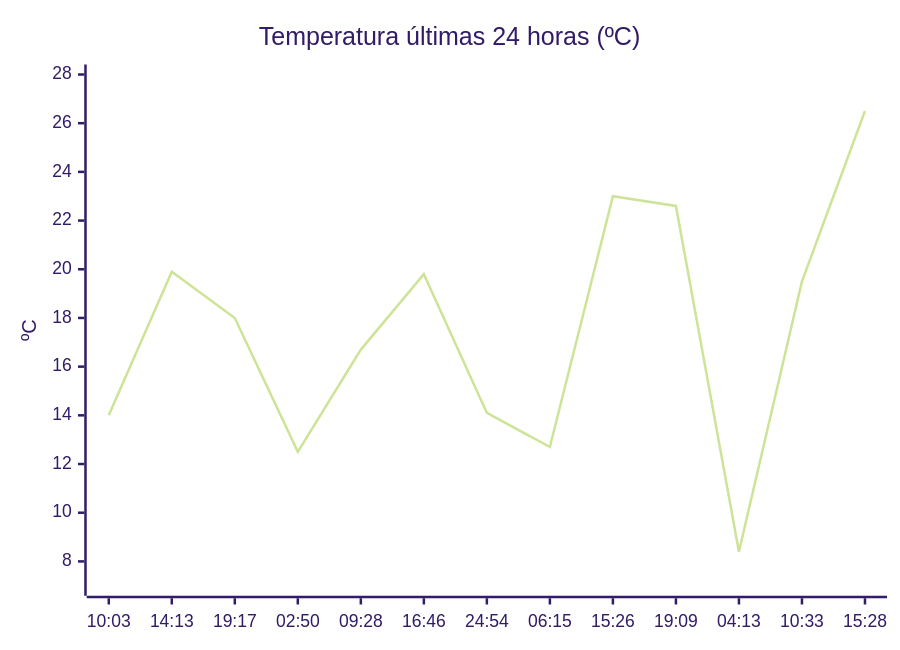
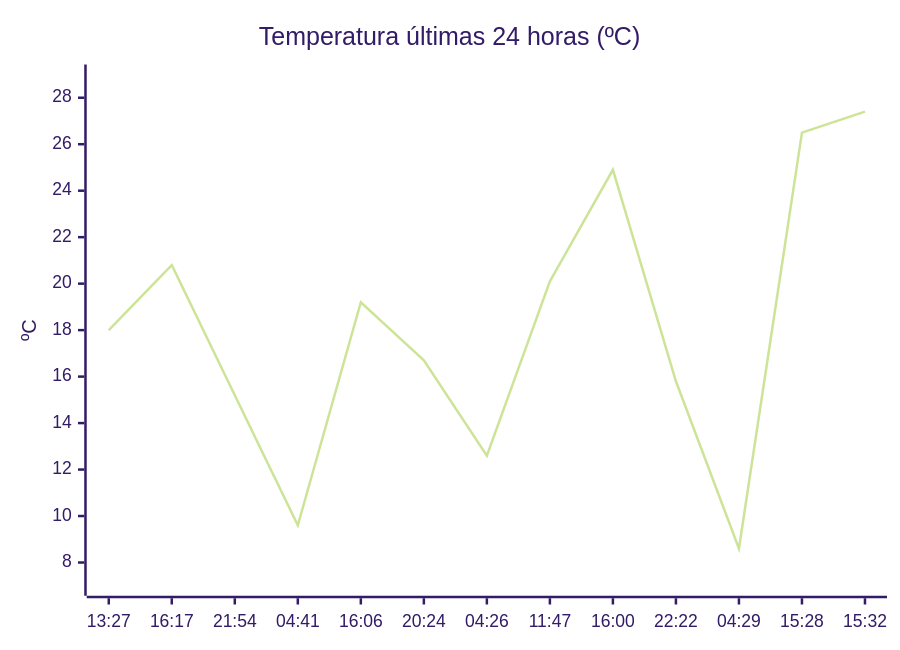
Before and after one commit to solidsnk86/rem-scrap: the diagram in README.md, drawn with Mermaid (forest theme). The commit also changed other lines of this file, not shown here.

````diff
--- a/README.md
+++ b/README.md
@@ -28,7 +36,7 @@
 ```mermaid
 xychart-beta
     title "Temperatura últimas 24 horas (ºC)"
-    x-axis ["10:03", "14:13", "19:17", "02:50", "09:28", "16:46", "24:54", "06:15", "15:26", "19:09", "04:13", "10:33", "15:28"]
-    y-axis "ºC" 7 --> 28
-    line [14, 19.9, 18, 12.5, 16.7, 19.8, 14.1, 12.7, 23, 22.6, 8.4, 19.5, 26.5]
+    x-axis ["13:27", "16:17", "21:54", "04:41", "16:06", "20:24", "04:26", "11:47", "16:00", "22:22", "04:29", "15:28", "15:32"]
+    y-axis "ºC" 7 --> 29
+    line [18, 20.8, 15.2, 9.6, 19.2, 16.7, 12.6, 20.1, 24.9, 15.8, 8.6, 26.5, 27.4]
 ```
````
